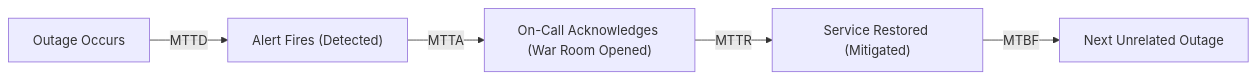
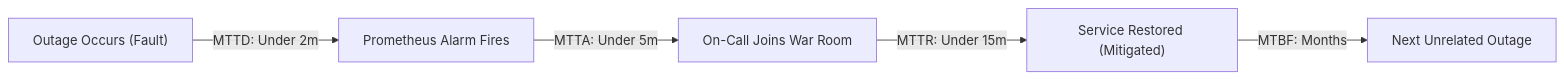
The third of 5 diagrams in docs/production/incident-response.mdx (weaponxwolf/backend-engineering-mastry), drawn with Mermaid before and after one commit. The commit also changed other lines of this file and 16 other files, not shown here.

````diff
--- a/docs/production/incident-response.mdx
+++ b/docs/production/incident-response.mdx
@@ -18,7 +160,7 @@
 ```mermaid
 flowchart LR
-    Outage["Outage Occurs"] -->|MTTD| Detected["Alert Fires (Detected)"]
-    Detected -->|MTTA| Acked["On-Call Acknowledges (War Room Opened)"]
-    Acked -->|MTTR| Mitigated["Service Restored (Mitigated)"]
-    Mitigated -->|MTBF| NextOutage["Next Unrelated Outage"]
+    Fault["Outage Occurs (Fault)"] -->|MTTD: Under 2m| Alert["Prometheus Alarm Fires"]
+    Alert -->|MTTA: Under 5m| WarRoom["On-Call Joins War Room"]
+    WarRoom -->|MTTR: Under 15m| Restored["Service Restored (Mitigated)"]
+    Restored -->|MTBF: Months| NextOutage["Next Unrelated Outage"]
 ```
````
